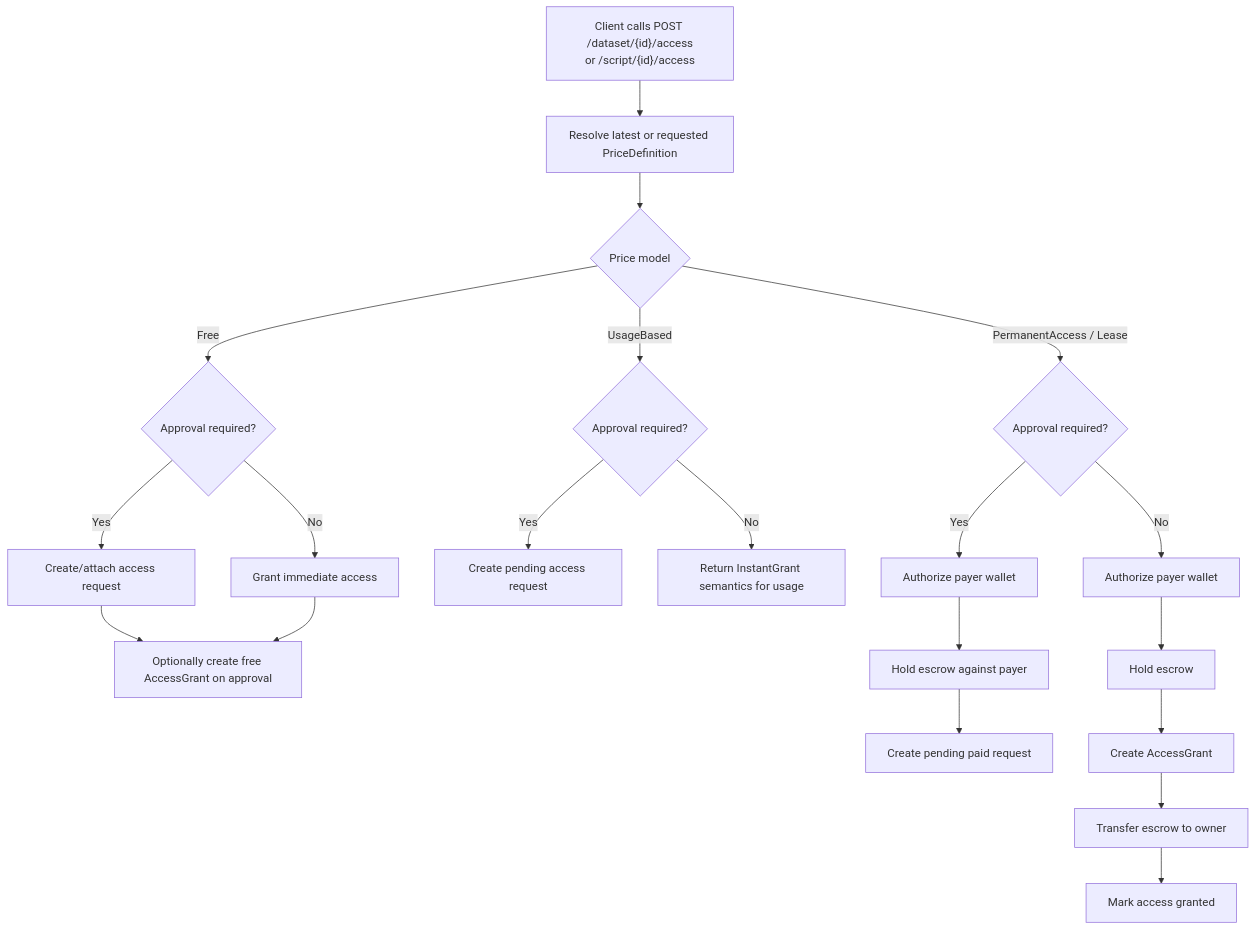
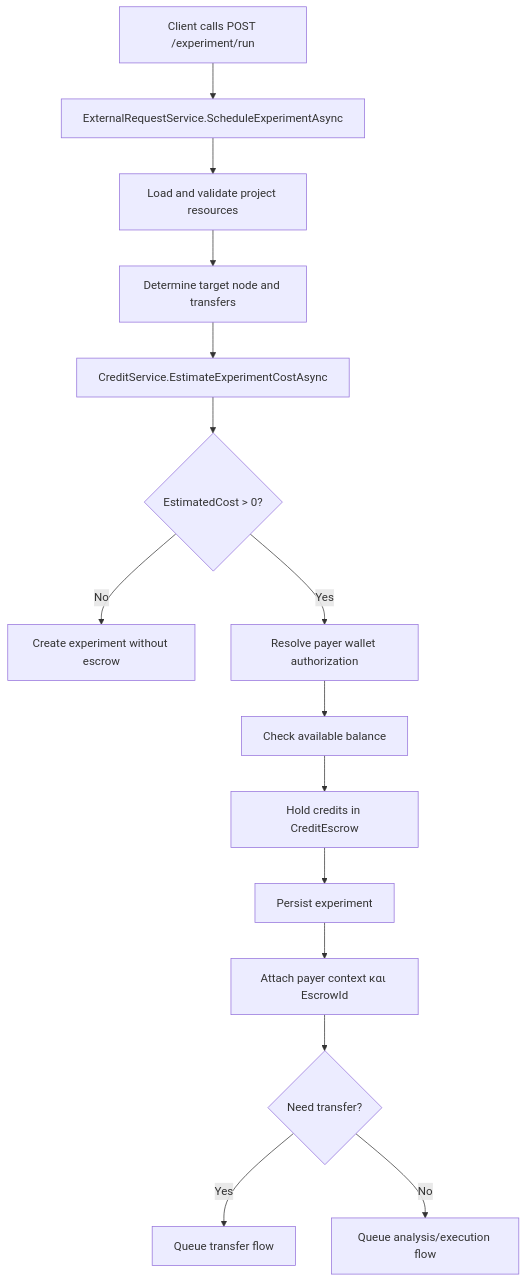
The fifth of 8 diagrams in Notes/Auth/Projects/RAISE/Documentation/Credit System Documentation.md (mtimoleon/notebook), drawn with Mermaid before and after one commit. The commit also changed other lines of this file and 36 other files, not shown here.

````diff
--- a/Notes/Auth/Projects/RAISE/Documentation/Credit System Documentation.md
+++ b/Notes/Auth/Projects/RAISE/Documentation/Credit System Documentation.md
@@ -412,22 +470,17 @@
 ```mermaid
 flowchart TD
-    A["Client calls POST /dataset/{id}/access<br/>or /script/{id}/access"] --> B[Resolve latest or requested PriceDefinition]
-    B --> C{Price model}
-    C -- Free --> D{Approval required?}
-    D -- Yes --> E[Create/attach access request]
-    D -- No --> F[Grant immediate access]
-    E --> G[Optionally create free AccessGrant on approval]
-    F --> G
-    C -- UsageBased --> H{Approval required?}
-    H -- Yes --> I[Create pending access request]
-    H -- No --> J[Return InstantGrant semantics for usage]
-    C -- PermanentAccess / Lease --> K{Approval required?}
-    K -- Yes --> L[Authorize payer wallet]
-    L --> M[Hold escrow against payer]
-    M --> N[Create pending paid request]
-    K -- No --> O[Authorize payer wallet]
-    O --> P[Hold escrow]
-    P --> Q[Create AccessGrant]
-    Q --> R[Transfer escrow to owner]
-    R --> S[Mark access granted]
+    A[Client calls POST /experiment/run] --> B[ExternalRequestService.ScheduleExperimentAsync]
+    B --> C[Load and validate project resources]
+    C --> D[Determine target node and transfers]
+    D --> E[CreditService.EstimateExperimentCostAsync]
+    E --> F{EstimatedCost > 0?}
+    F -- No --> G[Create experiment without escrow]
+    F -- Yes --> H[Resolve payer wallet authorization]
+    H --> I[Check available balance]
+    I --> J[Hold credits in CreditEscrow]
+    J --> K[Persist experiment]
+    K --> L[Attach payer context και EscrowId]
+    L --> M{Need transfer?}
+    M -- Yes --> N[Queue transfer flow]
+    M -- No --> O[Queue analysis/execution flow]
 ```
````
